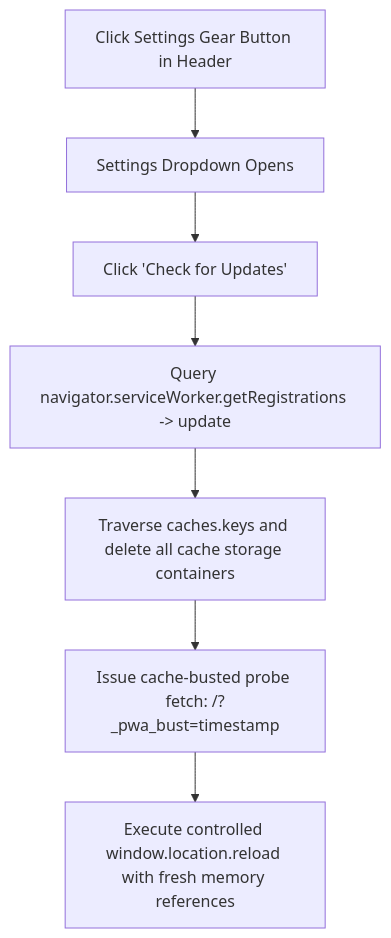
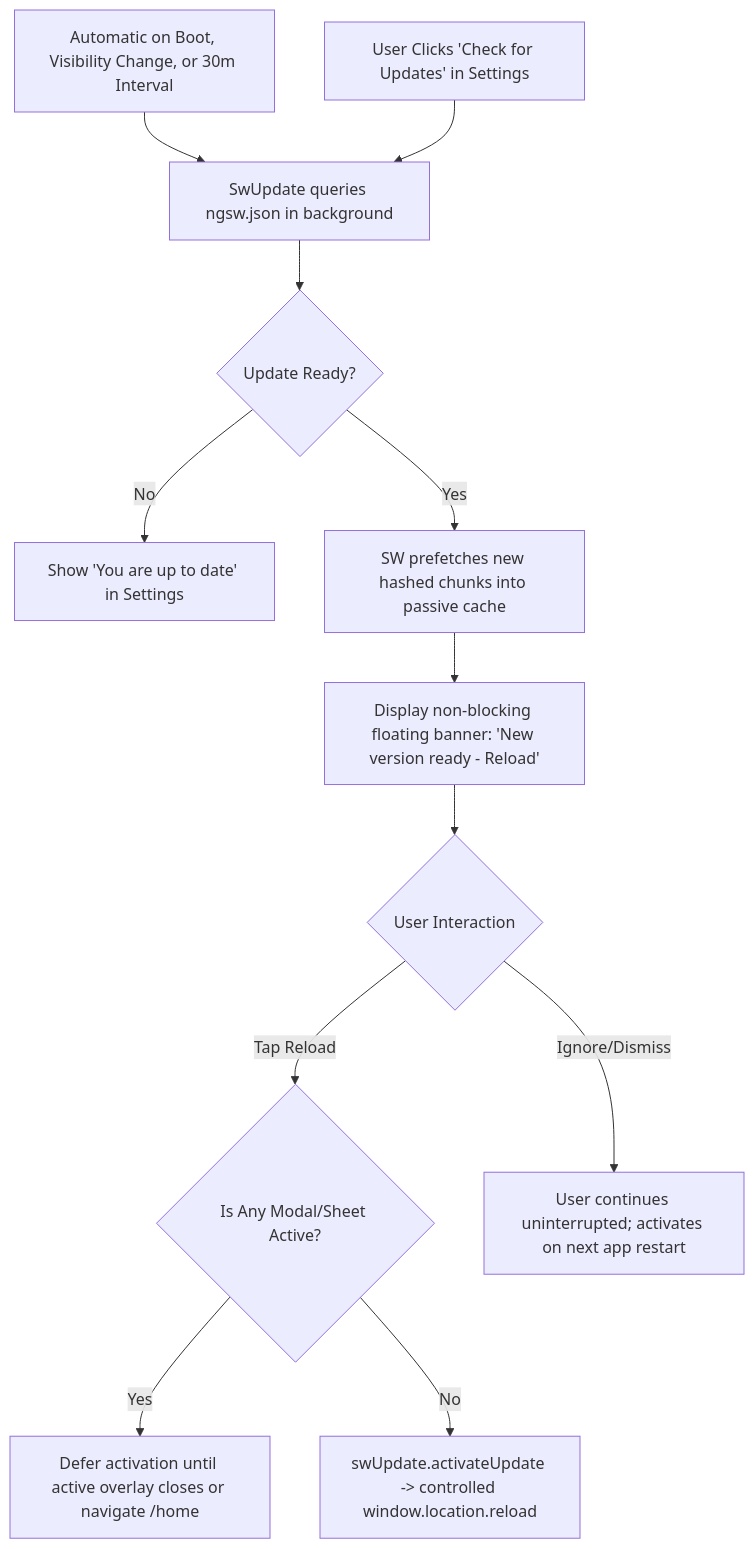
Before and after one commit to pk-2809/apdock: the seventh of 7 diagrams in docs/UI_GUIDELINES.md, drawn with Mermaid. The commit also changed other lines of this file and 15 other files, not shown here.

````diff
--- a/docs/UI_GUIDELINES.md
+++ b/docs/UI_GUIDELINES.md
@@ -593,9 +593,16 @@
 ```mermaid
 flowchart TD
-    SETTINGS_BTN[Click Settings Gear Button in Header] --> OPEN_SETTINGS[Settings Dropdown Opens]
-    OPEN_SETTINGS --> CLICK_UPDATE[Click 'Check for Updates']
-    CLICK_UPDATE --> STEP_1[Query navigator.serviceWorker.getRegistrations -> update]
-    STEP_1 --> STEP_2[Traverse caches.keys and delete all cache storage containers]
-    STEP_2 --> STEP_3[Issue cache-busted probe fetch: /?_pwa_bust=timestamp]
-    STEP_3 --> STEP_4[Execute controlled window.location.reload with fresh memory references]
+    AUTO_CHECK[Automatic on Boot, Visibility Change, or 30m Interval] --> QUERY_SW[SwUpdate queries ngsw.json in background]
+    MANUAL_CHECK[User Clicks 'Check for Updates' in Settings] --> QUERY_SW
+
+    QUERY_SW --> DETECT{Update Ready?}
+    DETECT -- No --> UP_TO_DATE[Show 'You are up to date' in Settings]
+    DETECT -- Yes --> BG_PREFETCH[SW prefetches new hashed chunks into passive cache]
+
+    BG_PREFETCH --> TOAST[Display non-blocking floating banner: 'New version ready - Reload']
+    TOAST --> USER_ACTION{User Interaction}
+    USER_ACTION -- Tap Reload --> OVERLAY_CHECK{Is Any Modal/Sheet Active?}
+    OVERLAY_CHECK -- Yes --> DEFER[Defer activation until active overlay closes or navigate /home]
+    OVERLAY_CHECK -- No --> ACTIVATE[swUpdate.activateUpdate -> controlled window.location.reload]
+    USER_ACTION -- Ignore/Dismiss --> CONTINUE[User continues uninterrupted; activates on next app restart]
 ```
````
